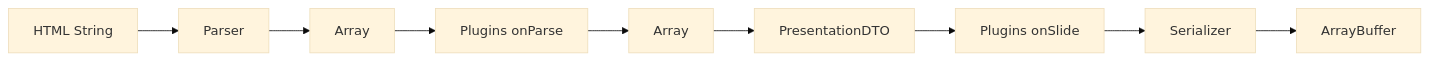
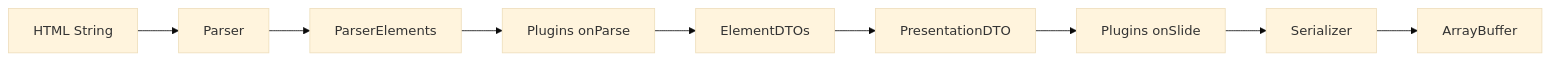
Before and after one commit to christphralden/html-in-pptx-out: the second of 3 diagrams in README.md, drawn with Mermaid (base theme).

````diff
--- a/README.md
+++ b/README.md
@@ -122,11 +122,11 @@
 ```mermaid
 graph LR
     A[HTML String] --> B[Parser]
-    B --> C[Array<ParserElement>]
+    B --> C[ParserElements]
     C --> D[Plugins onParse]
-    D --> E[Array<ElementDTO>]
+    D --> E[ElementDTOs]
     E --> F[PresentationDTO]
     F --> G[Plugins onSlide]
     G --> H[Serializer]
     H --> I[ArrayBuffer]
 ```
````
